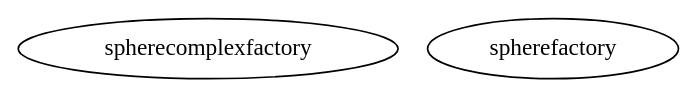
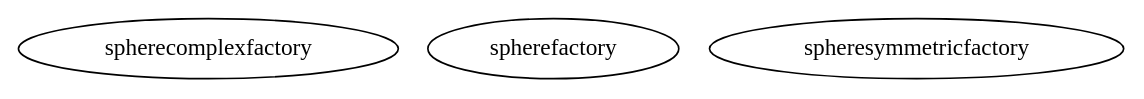
Before and after one commit to NicolasBoumal/manopt: the diagram in web/reference/manopt/manifolds/sphere/graph.dot, drawn with Graphviz. The commit also changed 359 other files, not shown here.

```diff
--- a/web/reference/manopt/manifolds/sphere/graph.dot
+++ b/web/reference/manopt/manifolds/sphere/graph.dot
@@ -1,6 +1,7 @@
 /* Created by mdot for Matlab */
 digraph m2html {
 
   spherecomplexfactory [URL="spherecomplexfactory.html"];
   spherefactory [URL="spherefactory.html"];
+  spheresymmetricfactory [URL="spheresymmetricfactory.html"];
 }
```
